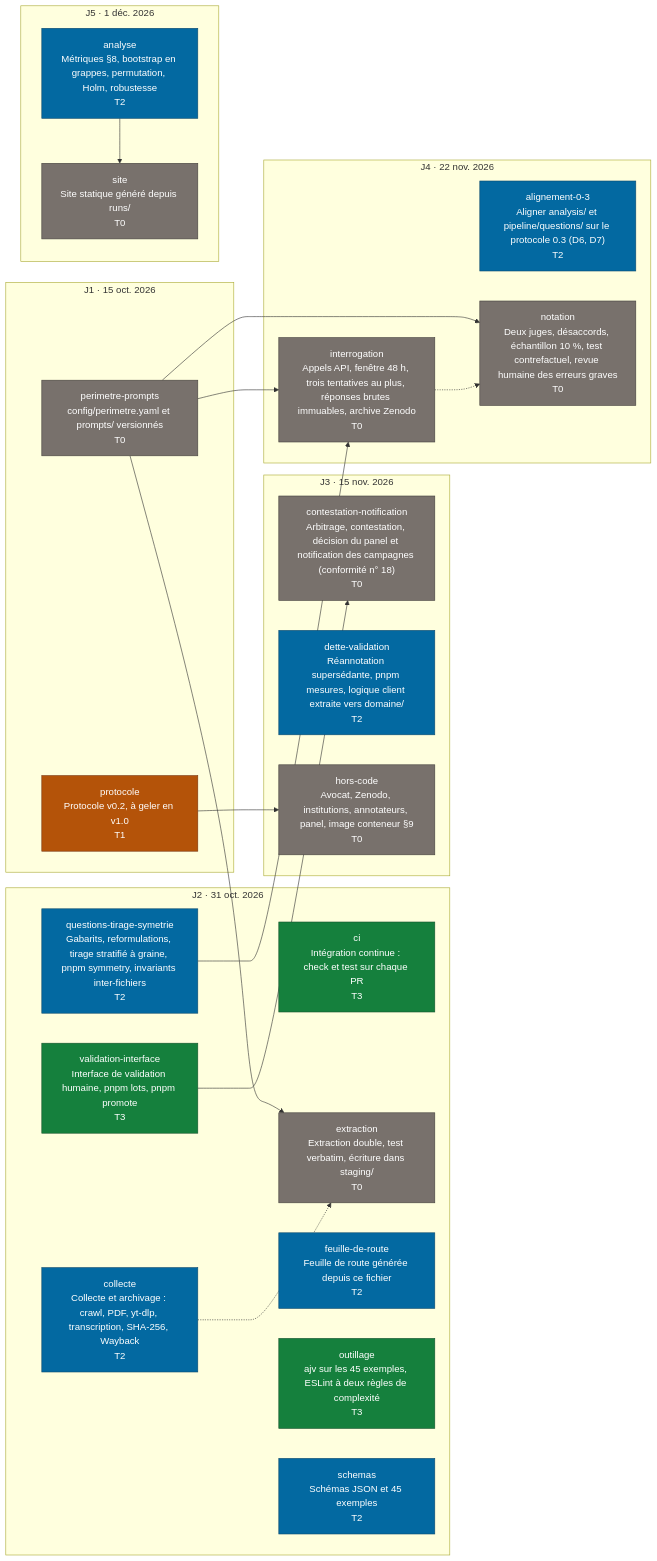
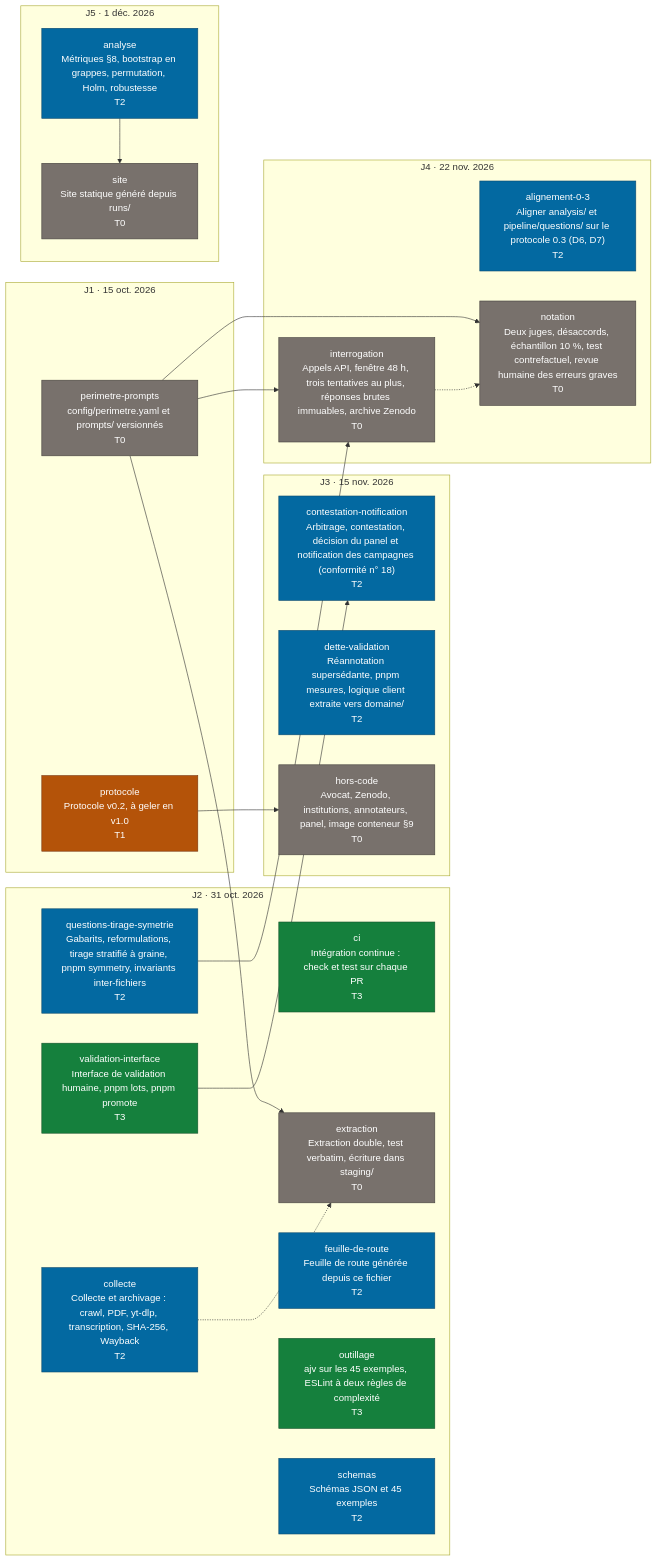
The diagram in docs/FEUILLE-DE-ROUTE.md (AzurNow/DEMOCRACIE_2027), drawn with Mermaid before and after one commit. The commit also changed other lines of this file and 4 other files, not shown here.

````diff
--- a/docs/FEUILLE-DE-ROUTE.md
+++ b/docs/FEUILLE-DE-ROUTE.md
@@ -59,46 +59,46 @@
 ```mermaid
 flowchart LR
   subgraph jalon_J1["J1 · 15 oct. 2026"]
     lot_perimetre_prompts["perimetre-prompts<br/>config/perimetre.yaml et prompts/ versionnés<br/>T0"]:::T0
     lot_protocole["protocole<br/>Protocole v0.2, à geler en v1.0<br/>T1"]:::T1
   end
   subgraph jalon_J2["J2 · 31 oct. 2026"]
     lot_ci["ci<br/>Intégration continue : check et test sur chaque PR<br/>T3"]:::T3
     lot_collecte["collecte<br/>Collecte et archivage : crawl, PDF, yt-dlp, transcription, SHA-256, Wayback<br/>T2"]:::T2
     lot_extraction["extraction<br/>Extraction double, test verbatim, écriture dans staging/<br/>T0"]:::T0
     lot_feuille_de_route["feuille-de-route<br/>Feuille de route générée depuis ce fichier<br/>T2"]:::T2
     lot_outillage["outillage<br/>ajv sur les 45 exemples, ESLint à deux règles de complexité<br/>T3"]:::T3
     lot_questions_tirage_symetrie["questions-tirage-symetrie<br/>Gabarits, reformulations, tirage stratifié à graine, pnpm symmetry, invariants inter-fichiers<br/>T2"]:::T2
     lot_schemas["schemas<br/>Schémas JSON et 45 exemples<br/>T2"]:::T2
     lot_validation_interface["validation-interface<br/>Interface de validation humaine, pnpm lots, pnpm promote<br/>T3"]:::T3
   end
   subgraph jalon_J3["J3 · 15 nov. 2026"]
-    lot_contestation_notification["contestation-notification<br/>Arbitrage, contestation, décision du panel et notification des campagnes (conformité n° 18)<br/>T0"]:::T0
+    lot_contestation_notification["contestation-notification<br/>Arbitrage, contestation, décision du panel et notification des campagnes (conformité n° 18)<br/>T2"]:::T2
     lot_dette_validation["dette-validation<br/>Réannotation supersédante, pnpm mesures, logique client extraite vers domaine/<br/>T2"]:::T2
     lot_hors_code["hors-code<br/>Avocat, Zenodo, institutions, annotateurs, panel, image conteneur §9<br/>T0"]:::T0
   end
   subgraph jalon_J4["J4 · 22 nov. 2026"]
     lot_alignement_0_3["alignement-0-3<br/>Aligner analysis/ et pipeline/questions/ sur le protocole 0.3 (D6, D7)<br/>T2"]:::T2
     lot_interrogation["interrogation<br/>Appels API, fenêtre 48 h, trois tentatives au plus, réponses brutes immuables, archive Zenodo<br/>T0"]:::T0
     lot_notation["notation<br/>Deux juges, désaccords, échantillon 10 %, test contrefactuel, revue humaine des erreurs graves<br/>T0"]:::T0
   end
   subgraph jalon_J5["J5 · 1 déc. 2026"]
     lot_analyse["analyse<br/>Métriques §8, bootstrap en grappes, permutation, Holm, robustesse<br/>T2"]:::T2
     lot_site["site<br/>Site statique généré depuis runs/<br/>T0"]:::T0
   end
   lot_validation_interface --> lot_contestation_notification
   lot_collecte -.-> lot_extraction
   lot_perimetre_prompts --> lot_extraction
   lot_protocole --> lot_hors_code
   lot_perimetre_prompts --> lot_interrogation
   lot_questions_tirage_symetrie --> lot_interrogation
   lot_interrogation -.-> lot_notation
   lot_perimetre_prompts --> lot_notation
   lot_analyse --> lot_site
   classDef T0 fill:#78716c,color:#ffffff,stroke:#44403c
   classDef T1 fill:#b45309,color:#ffffff,stroke:#78350f
   classDef T2 fill:#0369a1,color:#ffffff,stroke:#0c4a6e
   classDef T3 fill:#15803d,color:#ffffff,stroke:#14532d
   classDef T4 fill:#1d4ed8,color:#ffffff,stroke:#1e3a8a
   classDef decision fill:#b91c1c,color:#ffffff,stroke:#7f1d1d
 ```
````
